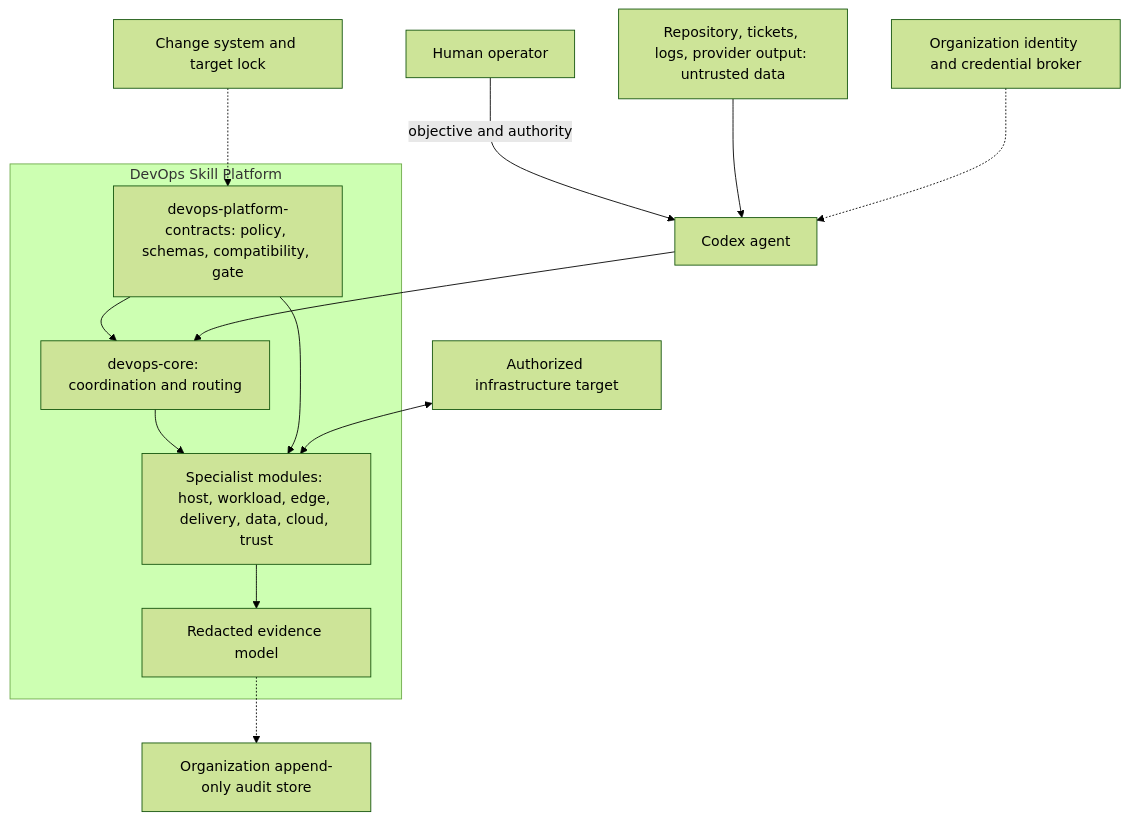
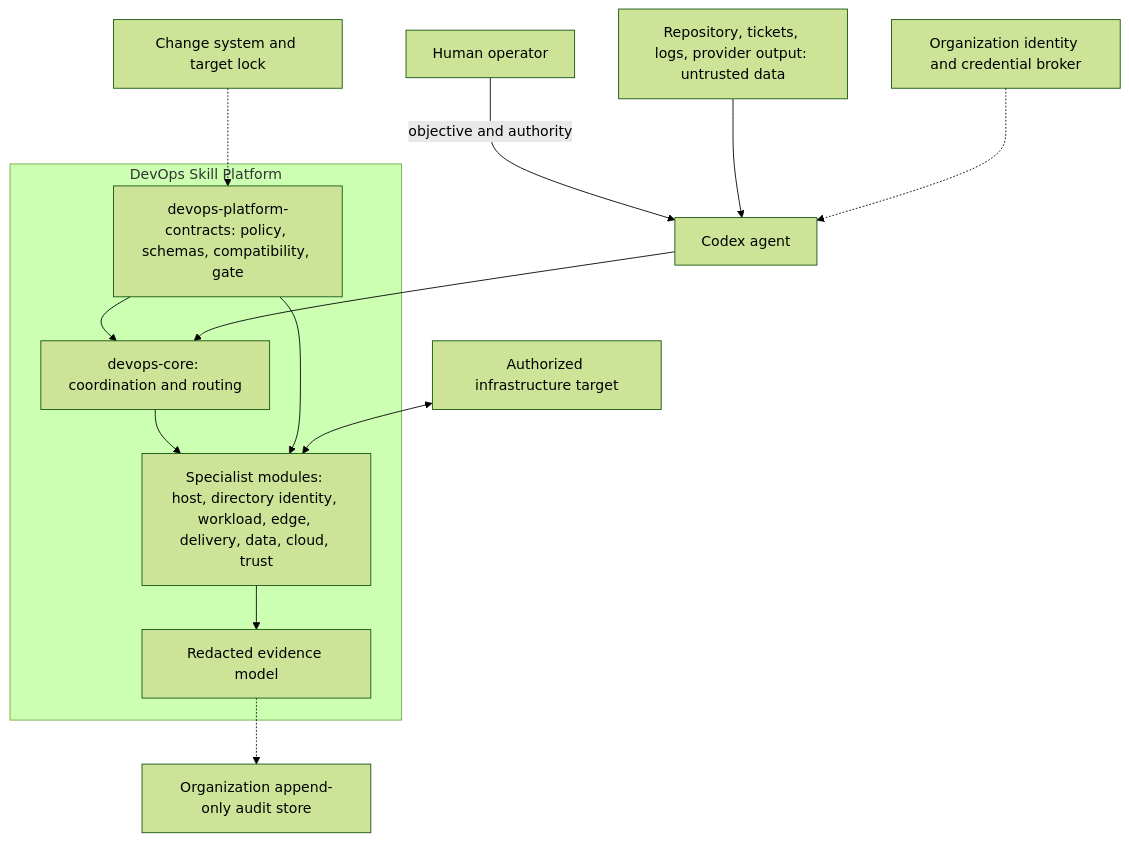
One commit to Manacost-Labs/devops-skill changed the first of 2 diagrams in docs/architecture.md. Above: the diagram before and after it, drawn with Mermaid (forest theme). The commit also changed other lines of this file and 14 other files, not shown here.

````diff
--- a/docs/architecture.md
+++ b/docs/architecture.md
@@ -15,22 +15,22 @@
 ```mermaid
 flowchart TB
     O["Human operator"] -->|"objective and authority"| A["Codex agent"]
 
     subgraph S["DevOps Skill Platform"]
         C["devops-core: coordination and routing"]
         P["devops-platform-contracts: policy, schemas, compatibility, gate"]
-        M["Specialist modules: host, workload, edge, delivery, data, cloud, trust"]
+        M["Specialist modules: host, directory identity, workload, edge, delivery, data, cloud, trust"]
         E["Redacted evidence model"]
         C --> M
         P --> C
         P --> M
         M --> E
     end
 
     A --> C
     R["Repository, tickets, logs, provider output: untrusted data"] --> A
     I["Organization identity and credential broker"] -.-> A
     Q["Change system and target lock"] -.-> P
     T["Authorized infrastructure target"] <--> M
     E -.-> W["Organization append-only audit store"]
 ```
````
